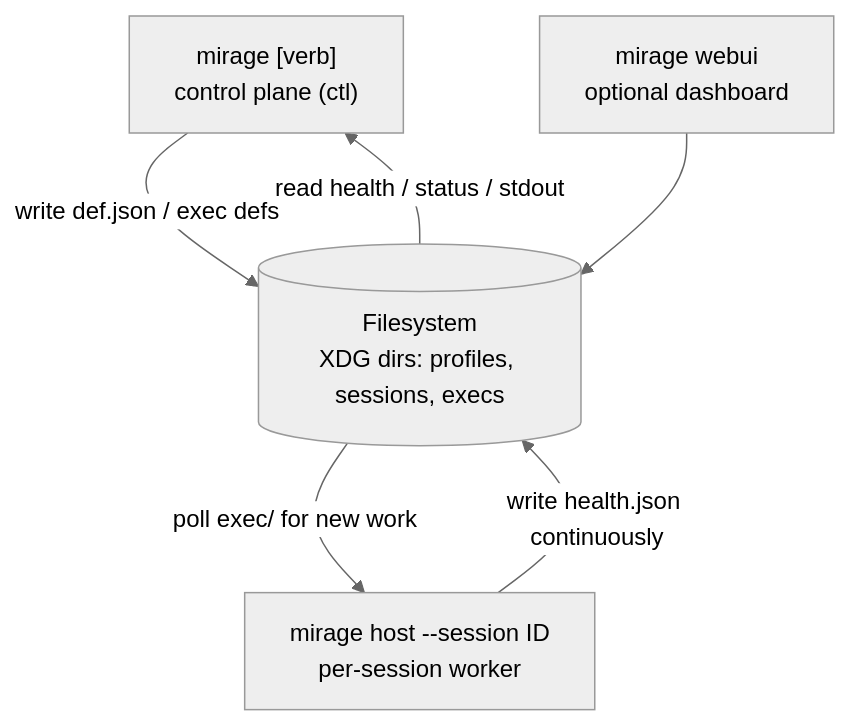
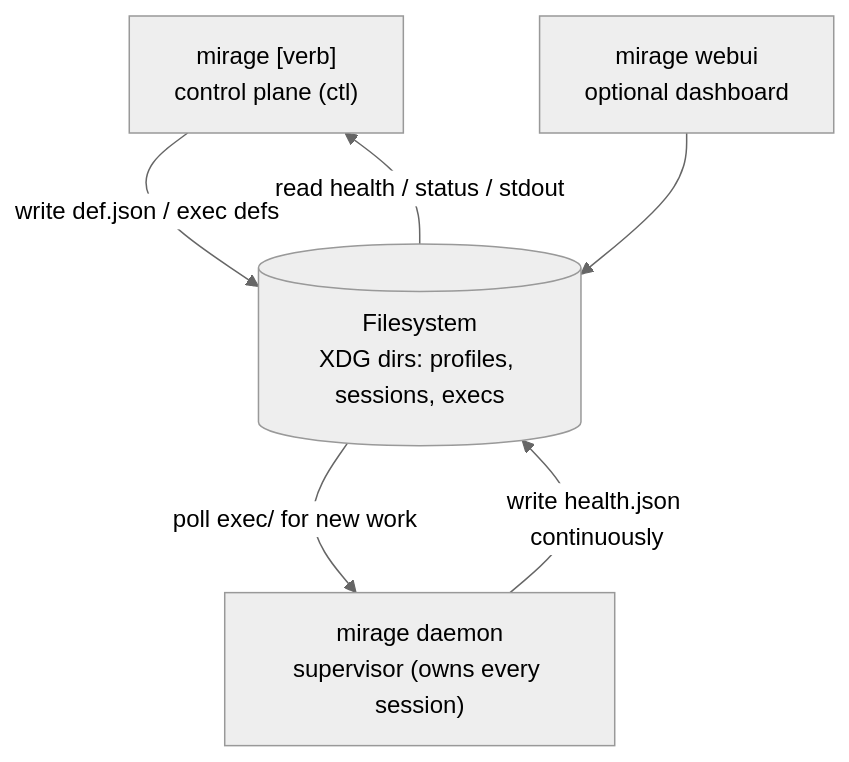
One commit to ROCm/rocm-systems changed the third of 15 diagrams in emulation/mirage/docs/demo-debugging-at-scale.md. Above: the diagram before and after it, drawn with Mermaid (neutral theme). The commit also changed other lines of this file and 7 other files, not shown here.

First line of the commit message:
docs(mirage): document the supervisor daemon and the reduced on-disk state

````diff
--- a/emulation/mirage/docs/demo-debugging-at-scale.md
+++ b/emulation/mirage/docs/demo-debugging-at-scale.md
@@ -137,13 +137,13 @@
 ```mermaid
 flowchart TB
     CLI["mirage [verb]<br/>control plane (ctl)"]
-    HOST["mirage host --session ID<br/>per-session worker"]
+    HOST["mirage daemon<br/>supervisor (owns every session)"]
     WEB["mirage webui<br/>optional dashboard"]
     FS[("Filesystem<br/>XDG dirs: profiles, sessions, execs")]
 
     CLI -->|"write def.json / exec defs"| FS
     FS -->|"read health / status / stdout"| CLI
     HOST -->|"write health.json continuously"| FS
     FS -->|"poll exec/ for new work"| HOST
     WEB --> FS
 ```
````
